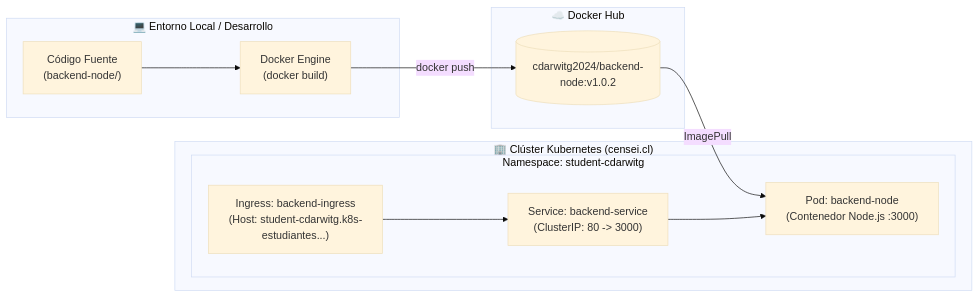
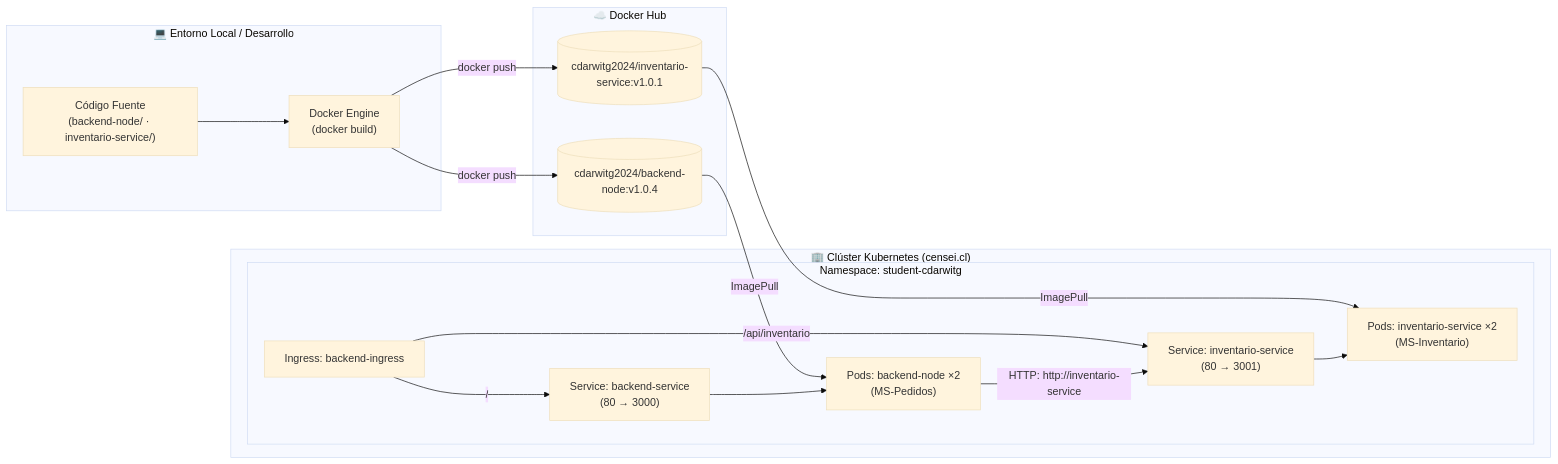
One commit to cdarwitg2024/taller-integracion-3 changed the diagram in docs/despliegue_kubernetes_backend.md. Above: the diagram before and after it, drawn with Mermaid (base theme). The commit also changed other lines of this file and 32 other files, not shown here.

First line of the commit message:
[FEAT]: Despliegue en Kubernetes con 2 microservicios Pedidos e Inventario

````diff
--- a/docs/despliegue_kubernetes_backend.md
+++ b/docs/despliegue_kubernetes_backend.md
@@ -19,25 +42,33 @@
 ```mermaid
 flowchart LR
     subgraph Local ["💻 Entorno Local / Desarrollo"]
-        Code["Código Fuente\n(backend-node/)"]
+        Code["Código Fuente\n(backend-node/ · inventario-service/)"]
         Docker["Docker Engine\n(docker build)"]
     end
 
     subgraph Registry ["☁️ Docker Hub"]
-        Image[("cdarwitg2024/backend-node:v1.0.2")]
+        ImageP[("cdarwitg2024/backend-node:v1.0.4")]
+        ImageI[("cdarwitg2024/inventario-service:v1.0.1")]
     end
 
     subgraph K8sCluster ["🏢 Clúster Kubernetes (censei.cl)"]
         subgraph Namespace ["Namespace: student-cdarwitg"]
-            Ingress["Ingress: backend-ingress\n(Host: student-cdarwitg.k8s-estudiantes...)"]
-            Service["Service: backend-service\n(ClusterIP: 80 -> 3000)"]
-            Pod["Pod: backend-node\n(Contenedor Node.js :3000)"]
+            Ingress["Ingress: backend-ingress"]
+            ServiceP["Service: backend-service\n(80 → 3000)"]
+            ServiceI["Service: inventario-service\n(80 → 3001)"]
+            PodP["Pods: backend-node ×2\n(MS-Pedidos)"]
+            PodI["Pods: inventario-service ×2\n(MS-Inventario)"]
         end
     end
 
     Code --> Docker
-    Docker -->|docker push| Image
-    Image -->|ImagePull| Pod
-    Ingress --> Service
-    Service --> Pod
+    Docker -->|docker push| ImageP
+    Docker -->|docker push| ImageI
+    ImageP -->|ImagePull| PodP
+    ImageI -->|ImagePull| PodI
+    Ingress -->|"/"| ServiceP
+    Ingress -->|"/api/inventario"| ServiceI
+    ServiceP --> PodP
+    ServiceI --> PodI
+    PodP -->|"HTTP: http://inventario-service"| ServiceI
 ```
````
